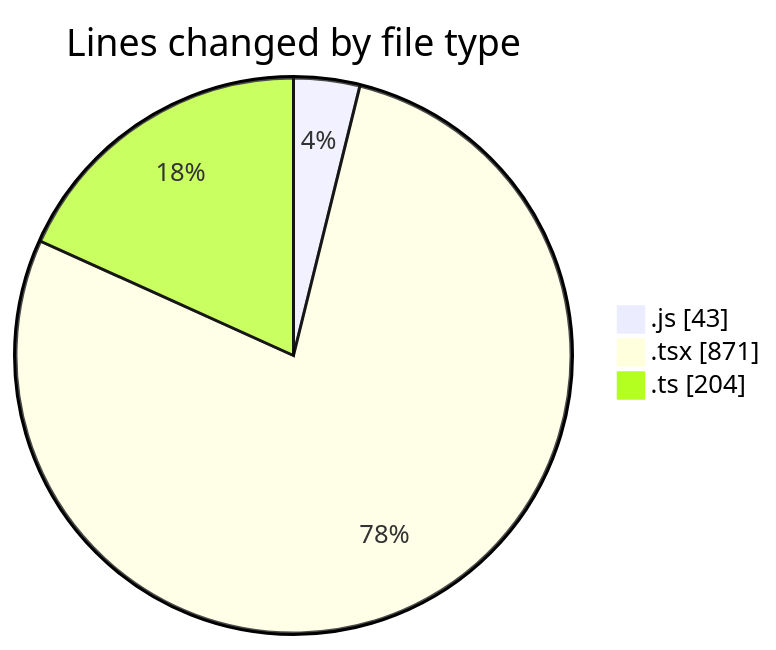
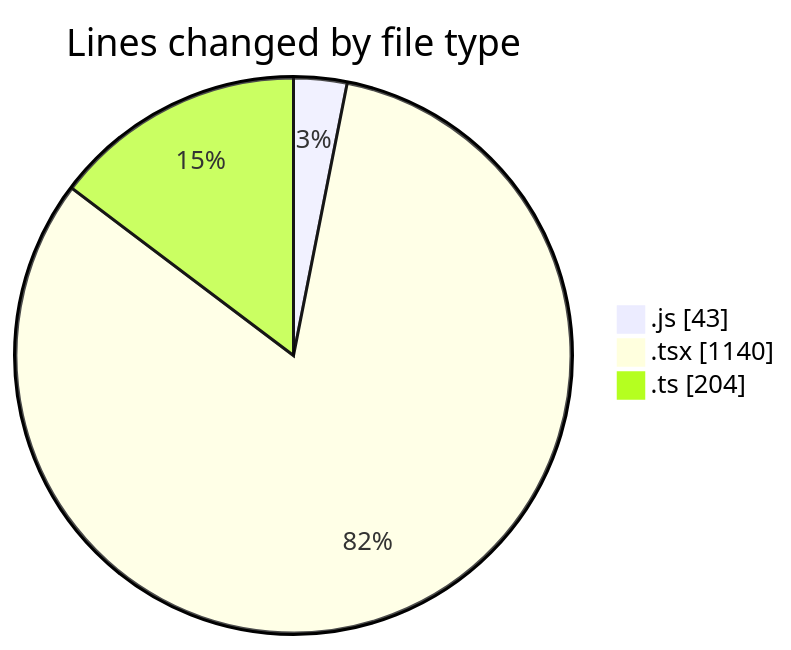
Before and after one commit to momahboobian/code-tracking: the first of 2 diagrams in 2026-03-09/cda/README.md, drawn with Mermaid. The commit also changed other lines of this file and 1 other file, not shown here.

````diff
--- a/2026-03-09/cda/README.md
+++ b/2026-03-09/cda/README.md
@@ -29,7 +30,7 @@
 ```mermaid
 pie showData
 title Lines changed by file type
 ".js" : 43
-".tsx" : 871
+".tsx" : 1140
 ".ts" : 204
 ```
````
